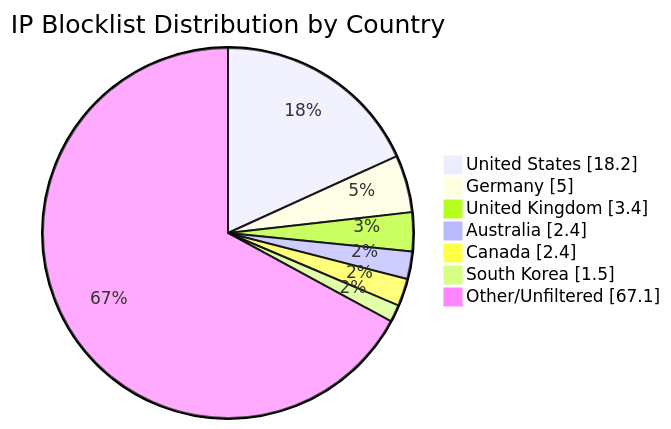
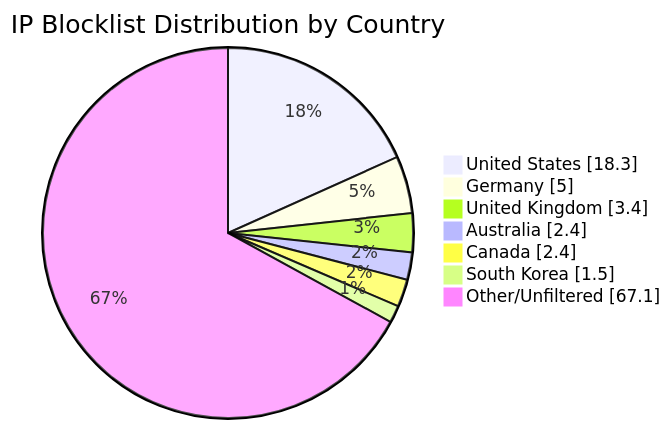
Before and after one commit to MarcusHoltz/ipblocklist-geofiltered-aggregator: the diagram in README.md, drawn with Mermaid. The commit also changed other lines of this file and 9 other files, not shown here.

````diff
--- a/README.md
+++ b/README.md
@@ -34,10 +34,10 @@
 ```mermaid
 pie showData title IP Blocklist Distribution by Country
-"United States" : 18.2
+"United States" : 18.3
 "Germany" : 5.0
 "United Kingdom" : 3.4
 "Australia" : 2.4
 "Canada" : 2.4
 "South Korea" : 1.5
 "Other/Unfiltered" : 67.1
 ```
````
